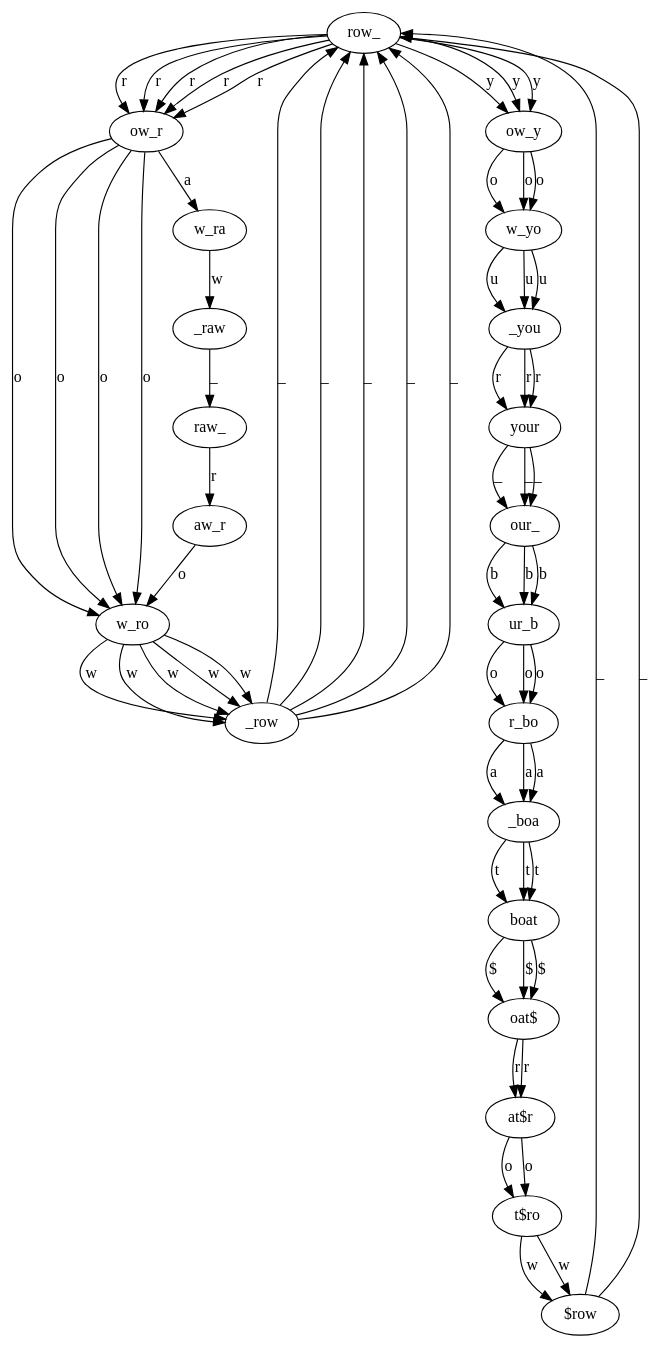
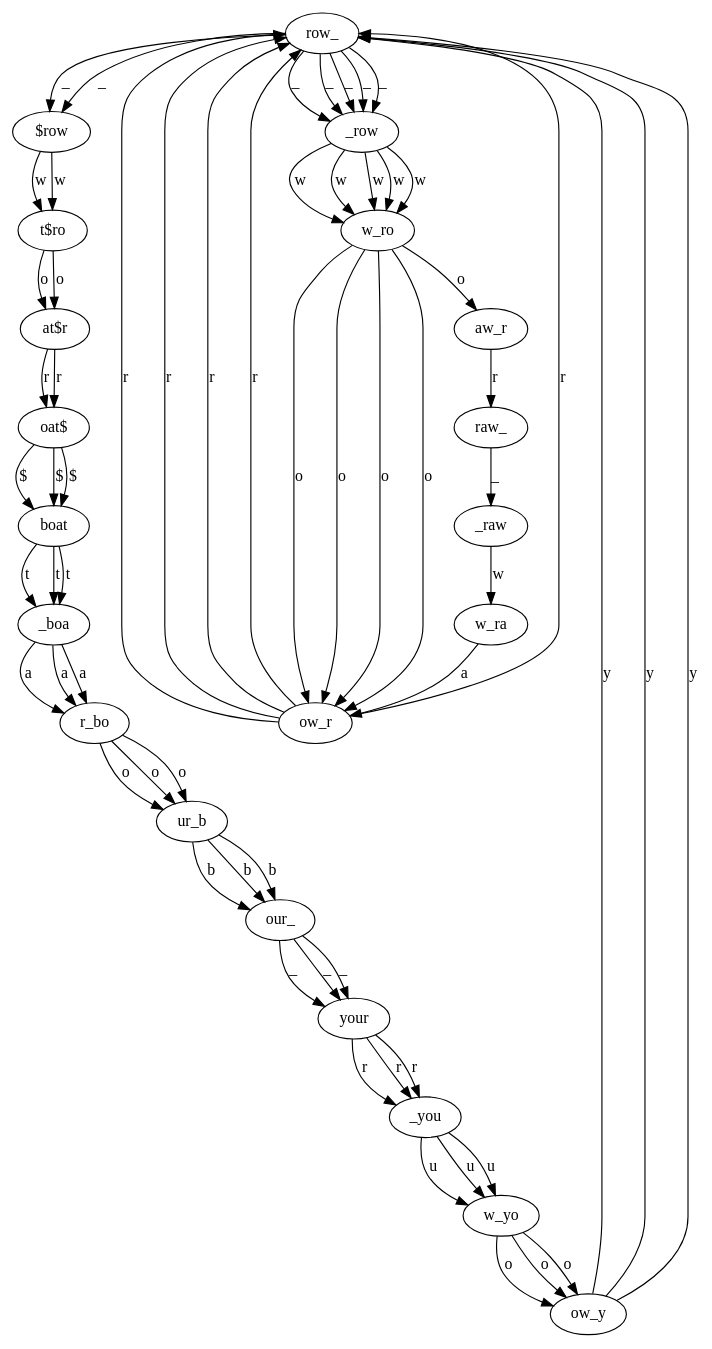
Before and after one commit to anwnwn/cg: the diagram in rowboat.dot, drawn with Graphviz. The commit also changed 15 other files, not shown here.

```diff
--- a/rowboat.dot
+++ b/rowboat.dot
@@ -1,86 +1,85 @@
-// DeBruijn graph
 digraph {
 	row_ [label=row_];
 	ow_r [label=ow_r];
 	w_ro [label=w_ro];
 	_row [label=_row];
 	ow_y [label=ow_y];
 	w_yo [label=w_yo];
 	_you [label=_you];
 	your [label=your];
 	our_ [label=our_];
 	ur_b [label=ur_b];
 	r_bo [label=r_bo];
 	_boa [label=_boa];
 	boat [label=boat];
 	"oat$" [label="oat$"];
 	"at$r" [label="at$r"];
 	"t$ro" [label="t$ro"];
 	"$row" [label="$row"];
 	w_ra [label=w_ra];
 	_raw [label=_raw];
 	raw_ [label=raw_];
 	aw_r [label=aw_r];
-	row_ -> ow_r [label=r];
-	row_ -> ow_r [label=r];
-	row_ -> ow_y [label=y];
-	row_ -> ow_r [label=r];
-	row_ -> ow_y [label=y];
-	row_ -> ow_r [label=r];
-	row_ -> ow_r [label=r];
-	row_ -> ow_y [label=y];
-	ow_r -> w_ro [label=o];
-	ow_r -> w_ro [label=o];
-	ow_r -> w_ra [label=a];
-	ow_r -> w_ro [label=o];
-	ow_r -> w_ro [label=o];
-	w_ro -> _row [label=w];
-	w_ro -> _row [label=w];
-	w_ro -> _row [label=w];
-	w_ro -> _row [label=w];
-	w_ro -> _row [label=w];
-	_row -> row_ [label=_];
-	_row -> row_ [label=_];
-	_row -> row_ [label=_];
-	_row -> row_ [label=_];
-	_row -> row_ [label=_];
-	ow_y -> w_yo [label=o];
-	ow_y -> w_yo [label=o];
-	ow_y -> w_yo [label=o];
-	w_yo -> _you [label=u];
-	w_yo -> _you [label=u];
-	w_yo -> _you [label=u];
-	_you -> your [label=r];
-	_you -> your [label=r];
-	_you -> your [label=r];
-	your -> our_ [label=_];
-	your -> our_ [label=_];
-	your -> our_ [label=_];
-	our_ -> ur_b [label=b];
-	our_ -> ur_b [label=b];
-	our_ -> ur_b [label=b];
-	ur_b -> r_bo [label=o];
-	ur_b -> r_bo [label=o];
-	ur_b -> r_bo [label=o];
-	r_bo -> _boa [label=a];
-	r_bo -> _boa [label=a];
-	r_bo -> _boa [label=a];
-	_boa -> boat [label=t];
-	_boa -> boat [label=t];
-	_boa -> boat [label=t];
-	boat -> "oat$" [label="$"];
-	boat -> "oat$" [label="$"];
-	boat -> "oat$" [label="$"];
-	"oat$" -> "at$r" [label=r];
-	"oat$" -> "at$r" [label=r];
-	"at$r" -> "t$ro" [label=o];
-	"at$r" -> "t$ro" [label=o];
-	"t$ro" -> "$row" [label=w];
-	"t$ro" -> "$row" [label=w];
-	"$row" -> row_ [label=_];
-	"$row" -> row_ [label=_];
-	w_ra -> _raw [label=w];
-	_raw -> raw_ [label=_];
-	raw_ -> aw_r [label=r];
-	aw_r -> w_ro [label=o];
+	ow_r -> row_ [label=r];
+	ow_r -> row_ [label=r];
+	ow_y -> row_ [label=y];
+	ow_r -> row_ [label=r];
+	ow_y -> row_ [label=y];
+	ow_r -> row_ [label=r];
+	ow_r -> row_ [label=r];
+	ow_y -> row_ [label=y];
+	w_ro -> ow_r [label=o];
+	w_ro -> ow_r [label=o];
+	w_ra -> ow_r [label=a];
+	w_ro -> ow_r [label=o];
+	w_ro -> ow_r [label=o];
+	_row -> w_ro [label=w];
+	_row -> w_ro [label=w];
+	_row -> w_ro [label=w];
+	_row -> w_ro [label=w];
+	_row -> w_ro [label=w];
+	row_ -> _row [label=_];
+	row_ -> _row [label=_];
+	row_ -> _row [label=_];
+	row_ -> _row [label=_];
+	row_ -> _row [label=_];
+	w_yo -> ow_y [label=o];
+	w_yo -> ow_y [label=o];
+	w_yo -> ow_y [label=o];
+	_you -> w_yo [label=u];
+	_you -> w_yo [label=u];
+	_you -> w_yo [label=u];
+	your -> _you [label=r];
+	your -> _you [label=r];
+	your -> _you [label=r];
+	our_ -> your [label=_];
+	our_ -> your [label=_];
+	our_ -> your [label=_];
+	ur_b -> our_ [label=b];
+	ur_b -> our_ [label=b];
+	ur_b -> our_ [label=b];
+	r_bo -> ur_b [label=o];
+	r_bo -> ur_b [label=o];
+	r_bo -> ur_b [label=o];
+	_boa -> r_bo [label=a];
+	_boa -> r_bo [label=a];
+	_boa -> r_bo [label=a];
+	boat -> _boa [label=t];
+	boat -> _boa [label=t];
+	boat -> _boa [label=t];
+	"oat$" -> boat [label="$"];
+	"oat$" -> boat [label="$"];
+	"oat$" -> boat [label="$"];
+	"at$r" -> "oat$" [label=r];
+	"at$r" -> "oat$" [label=r];
+	"t$ro" -> "at$r" [label=o];
+	"t$ro" -> "at$r" [label=o];
+	"$row" -> "t$ro" [label=w];
+	"$row" -> "t$ro" [label=w];
+	row_ -> "$row" [label=_];
+	row_ -> "$row" [label=_];
+	_raw -> w_ra [label=w];
+	raw_ -> _raw [label=_];
+	aw_r -> raw_ [label=r];
+	w_ro -> aw_r [label=o];
 }
```
